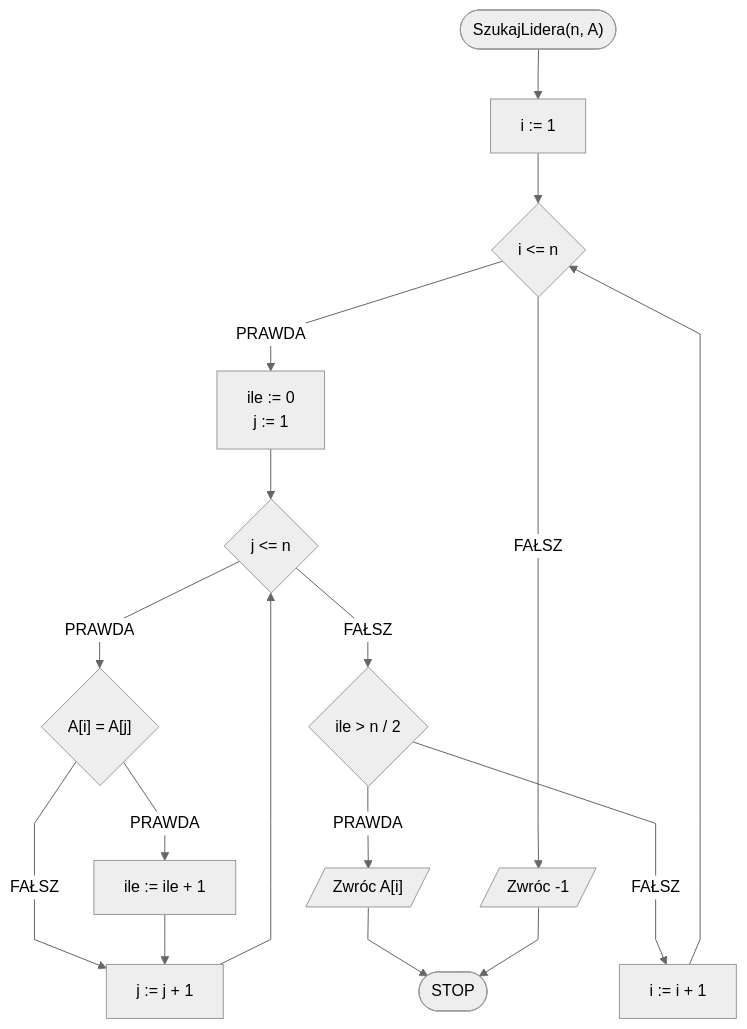
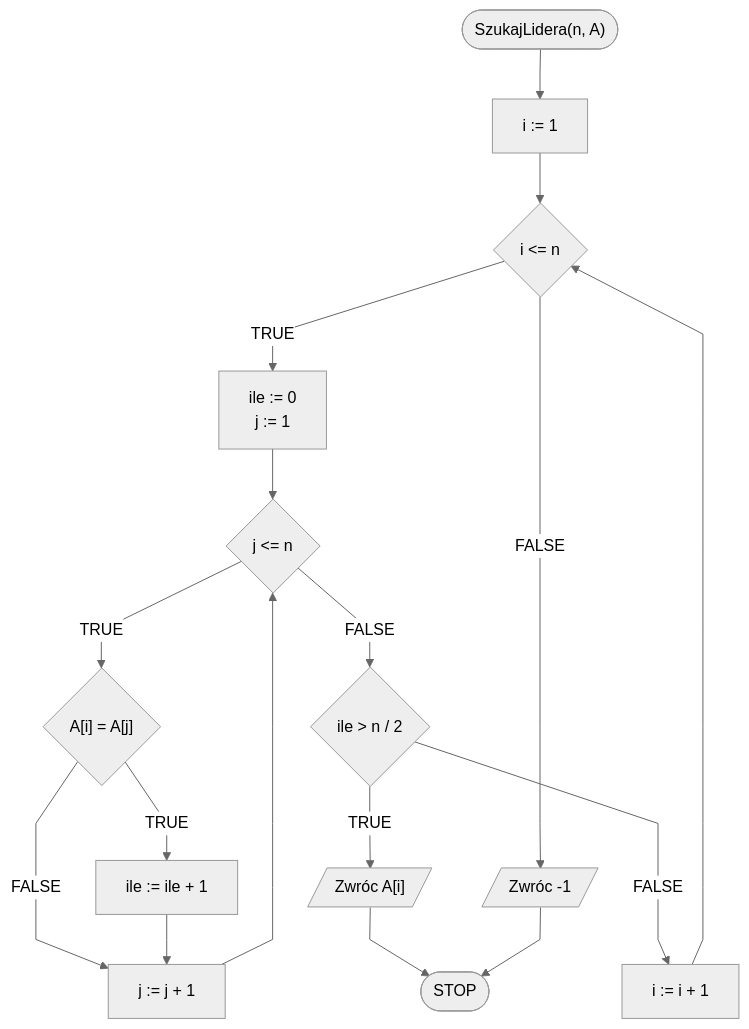
The first of 3 diagrams in docs/algorithms/searching/majority.md (blackbat13/edu-cs-htiew-en), drawn with Mermaid before and after one commit. The commit also changed other lines of this file and 682 other files, not shown here.

````diff
--- a/docs/algorithms/searching/majority.md
+++ b/docs/algorithms/searching/majority.md
@@ -91,21 +91,21 @@
 ```mermaid
 %%{init: {"flowchart": {"curve": "linear"}, "theme": "neutral"} }%%
 flowchart TD
 	START(["SzukajLidera(n, A)"]) --> K0[i := 1]
 	K0 --> K1{i <= n}
-	K1 -- PRAWDA --> K2["ile := 0
+	K1 -- TRUE --> K2["ile := 0
 	j := 1"]
 	K2 --> K3{j <= n}
-	K3 -- PRAWDA --> K4{"A[i] = A[j]"}
-	K4 -- PRAWDA --> K5[ile := ile + 1]
-	K4 -- FAŁSZ --> K3i[j := j + 1]
+	K3 -- TRUE --> K4{"A[i] = A[j]"}
+	K4 -- TRUE --> K5[ile := ile + 1]
+	K4 -- FALSE --> K3i[j := j + 1]
 	K5 --> K3i
 	K3i --> K3
-	K3 -- FAŁSZ --> K6{ile > n / 2}
-	K6 -- PRAWDA --> K7[/"Zwróc A[i]"/]
+	K3 -- FALSE --> K6{ile > n / 2}
+	K6 -- TRUE --> K7[/"Zwróc A[i]"/]
 	K7 --> STOP([STOP])
-	K6 -- FAŁSZ ---> K1i[i := i + 1]
+	K6 -- FALSE ---> K1i[i := i + 1]
 	K1i --> K1
-	K1 -- FAŁSZ --> K8[/Zwróc -1/]
+	K1 -- FALSE --> K8[/Zwróc -1/]
 	K8 --> STOP
 ```
````
